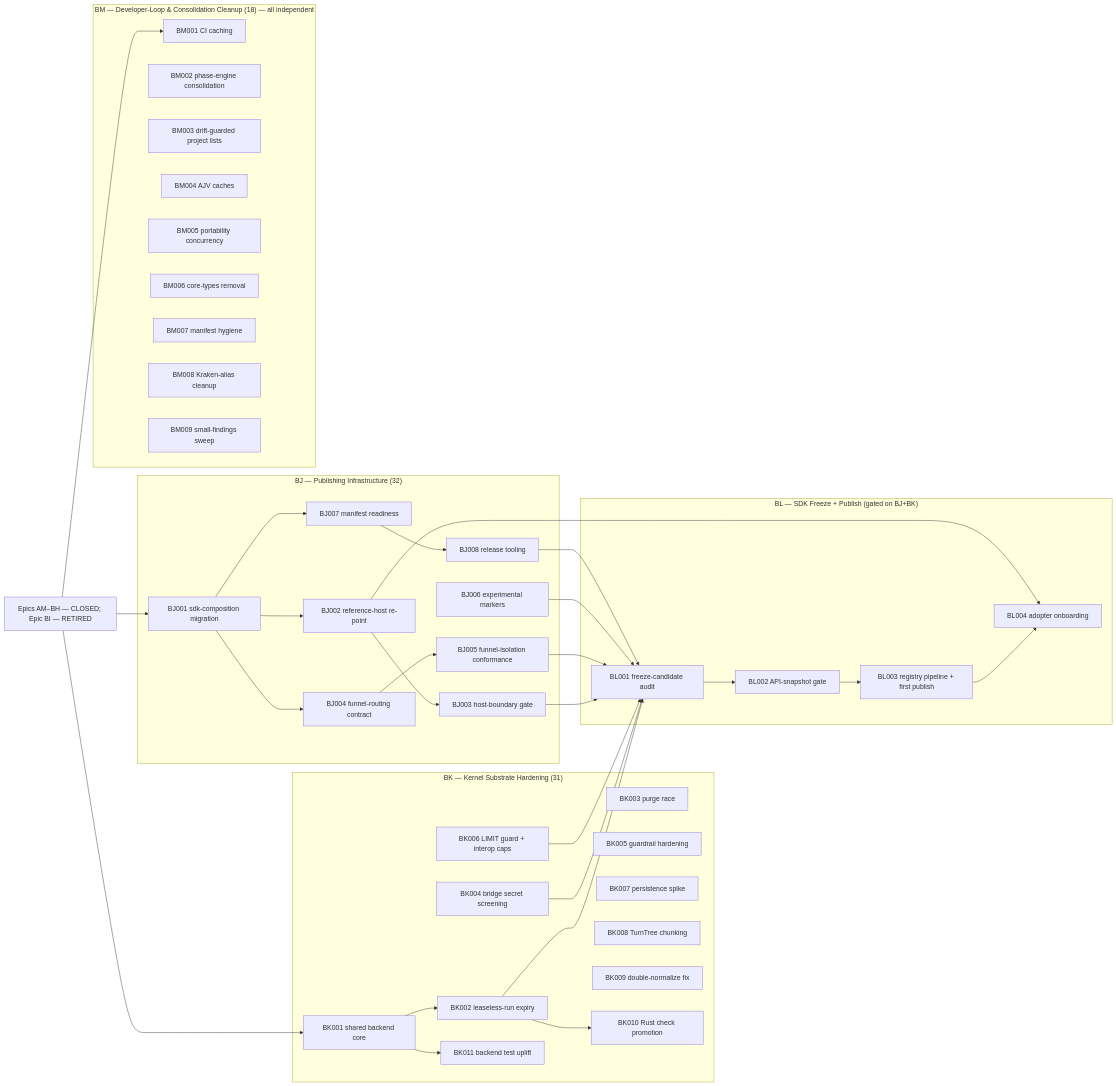
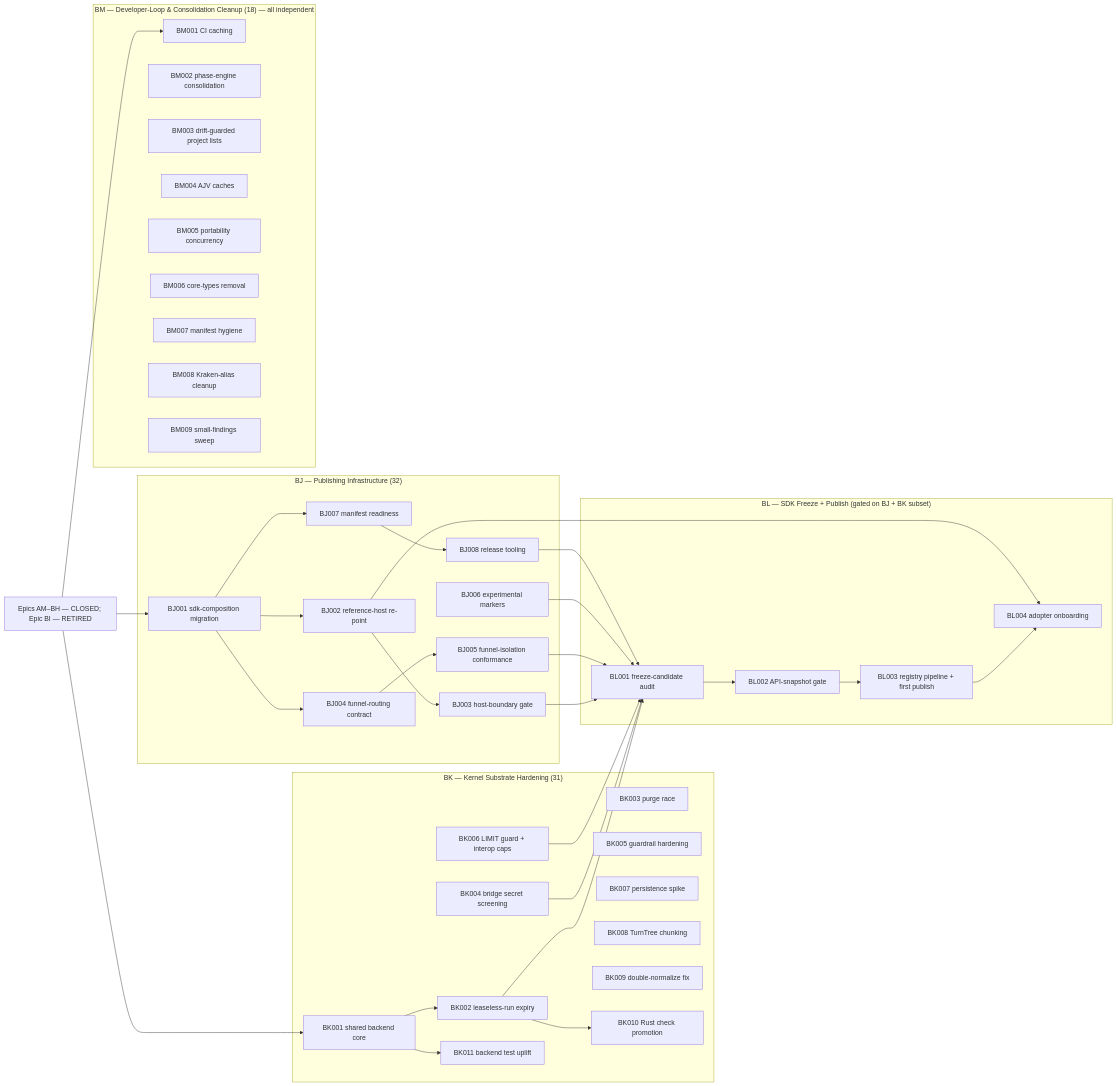
Before and after one commit to Tuvren/framework: the diagram in .constitution/tasks/critical-path.md, drawn with Mermaid. The commit also changed other lines of this file and 2 other files, not shown here.

````diff
--- a/.constitution/tasks/critical-path.md
+++ b/.constitution/tasks/critical-path.md
@@ -102,61 +102,61 @@
 ```mermaid
 flowchart LR
   priorClosed["Epics AM–BH — CLOSED; Epic BI — RETIRED"]
 
   subgraph BJ["BJ — Publishing Infrastructure (32)"]
     BJ1["BJ001 sdk-composition migration"]
     BJ1 --> BJ2["BJ002 reference-host re-point"]
     BJ2 --> BJ3["BJ003 host-boundary gate"]
     BJ1 --> BJ4["BJ004 funnel-routing contract"]
     BJ4 --> BJ5["BJ005 funnel-isolation conformance"]
     BJ6["BJ006 experimental markers"]
     BJ1 --> BJ7["BJ007 manifest readiness"]
     BJ7 --> BJ8["BJ008 release tooling"]
   end
 
   subgraph BK["BK — Kernel Substrate Hardening (31)"]
     BK1["BK001 shared backend core"]
     BK1 --> BK2["BK002 leaseless-run expiry"]
     BK3["BK003 purge race"]
     BK4["BK004 bridge secret screening"]
     BK5["BK005 guardrail hardening"]
     BK6["BK006 LIMIT guard + interop caps"]
     BK7["BK007 persistence spike"]
     BK8["BK008 TurnTree chunking"]
     BK9["BK009 double-normalize fix"]
     BK2 --> BK10["BK010 Rust check promotion"]
     BK1 --> BK11["BK011 backend test uplift"]
   end
 
-  subgraph BL["BL — SDK Freeze + Publish (gated on BJ+BK)"]
+  subgraph BL["BL — SDK Freeze + Publish (gated on BJ + BK subset)"]
     BL1["BL001 freeze-candidate audit"]
     BL1 --> BL2["BL002 API-snapshot gate"]
     BL2 --> BL3["BL003 registry pipeline + first publish"]
     BL3 --> BL4["BL004 adopter onboarding"]
   end
 
   subgraph BM["BM — Developer-Loop & Consolidation Cleanup (18) — all independent"]
     BM1["BM001 CI caching"]
     BM2["BM002 phase-engine consolidation"]
     BM3["BM003 drift-guarded project lists"]
     BM4["BM004 AJV caches"]
     BM5["BM005 portability concurrency"]
     BM6["BM006 core-types removal"]
     BM7["BM007 manifest hygiene"]
     BM8["BM008 Kraken-alias cleanup"]
     BM9["BM009 small-findings sweep"]
   end
 
   priorClosed --> BJ1
   priorClosed --> BK1
   priorClosed --> BM1
 
   BJ3 --> BL1
   BJ5 --> BL1
   BJ6 --> BL1
   BJ8 --> BL1
   BK2 --> BL1
   BK4 --> BL1
   BK6 --> BL1
   BJ2 --> BL4
 ```
````
